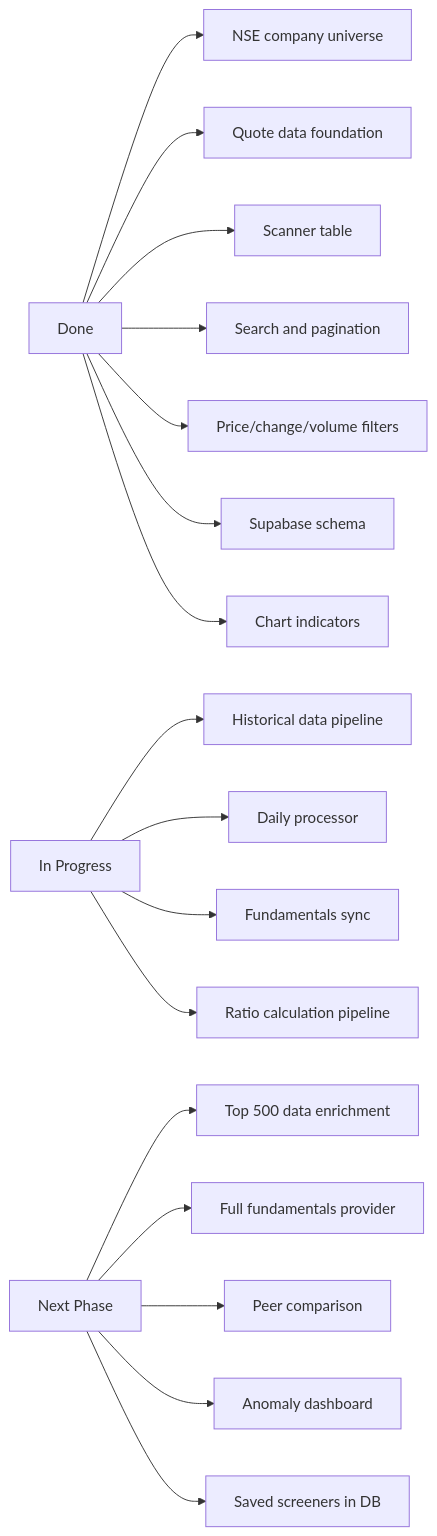
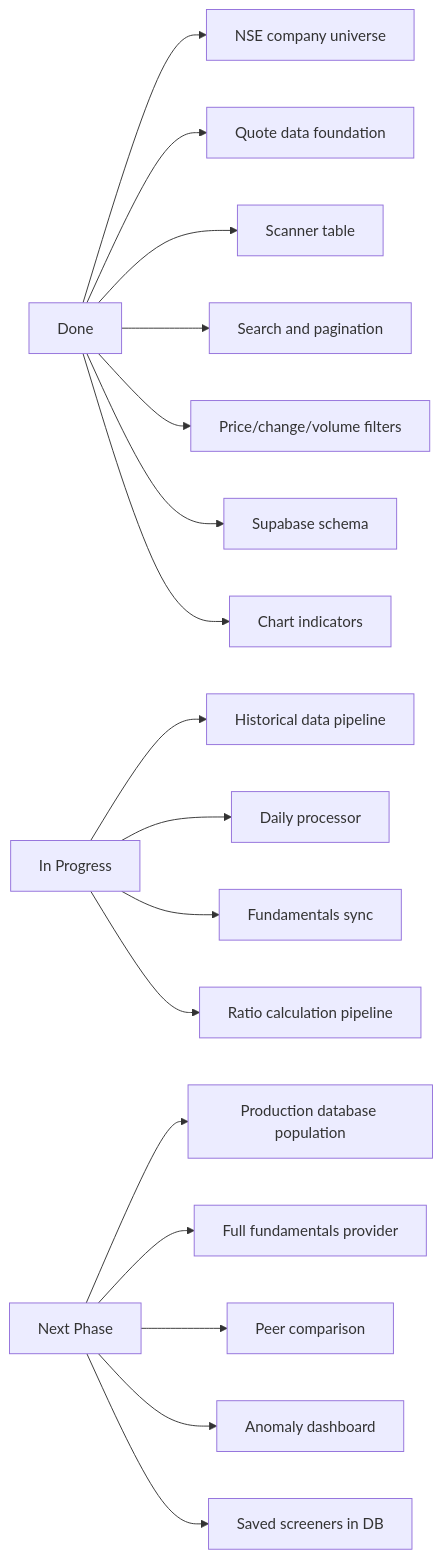
The fifth of 5 diagrams in README.md (tanmay-alpha/MAET), drawn with Mermaid before and after one commit. The commit also changed other lines of this file and 4 other files, not shown here.

First line of the commit message:
feat(screener): add TradingView link to chart page and update docs

````diff
--- a/README.md
+++ b/README.md
@@ -596,21 +610,21 @@
 ```mermaid
 flowchart LR
     A[Done] --> A1[NSE company universe]
     A --> A2[Quote data foundation]
     A --> A3[Scanner table]
     A --> A4[Search and pagination]
     A --> A5[Price/change/volume filters]
     A --> A6[Supabase schema]
     A --> A7[Chart indicators]
 
     B[In Progress] --> B1[Historical data pipeline]
     B --> B2[Daily processor]
     B --> B3[Fundamentals sync]
     B --> B4[Ratio calculation pipeline]
 
-    C[Next Phase] --> C1[Top 500 data enrichment]
+    C[Next Phase] --> C1[Production database population]
     C --> C2[Full fundamentals provider]
     C --> C3[Peer comparison]
     C --> C4[Anomaly dashboard]
     C --> C5[Saved screeners in DB]
 ```
````
